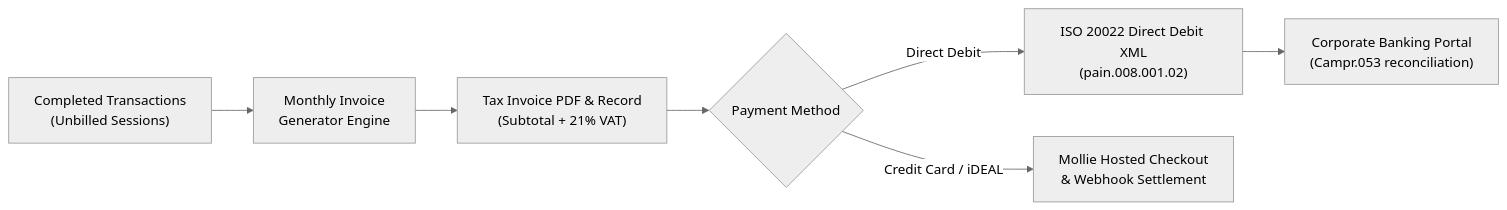
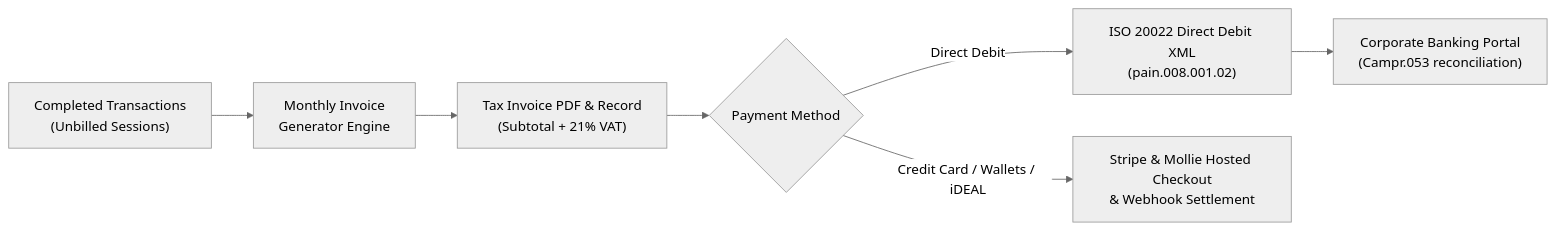
The second of 3 diagrams in Manual/financial_roaming_manual.md (webdotpulse/GRID-OCPP-CPMS), drawn with Mermaid (neutral theme) before and after one commit. The commit also changed other lines of this file and 23 other files, not shown here.

Commit message:
feat: integrate Stripe payment gateway alongside Mollie and update documentation

````diff
--- a/Manual/financial_roaming_manual.md
+++ b/Manual/financial_roaming_manual.md
@@ -37,9 +37,9 @@
 ```mermaid
 flowchart LR
     Sessions["Completed Transactions\n(Unbilled Sessions)"] --> Aggregator["Monthly Invoice\nGenerator Engine"]
     Aggregator --> Invoice["Tax Invoice PDF & Record\n(Subtotal + 21% VAT)"]
     Invoice --> Mandate{"Payment Method"}
     Mandate -->|Direct Debit| SEPA["ISO 20022 Direct Debit XML\n(pain.008.001.02)"]
-    Mandate -->|Credit Card / iDEAL| Mollie["Mollie Hosted Checkout\n& Webhook Settlement"]
+    Mandate -->|Credit Card / Wallets / iDEAL| Gateways["Stripe & Mollie Hosted Checkout\n& Webhook Settlement"]
     SEPA --> Bank["Corporate Banking Portal\n(Campr.053 reconciliation)"]
 ```
````
